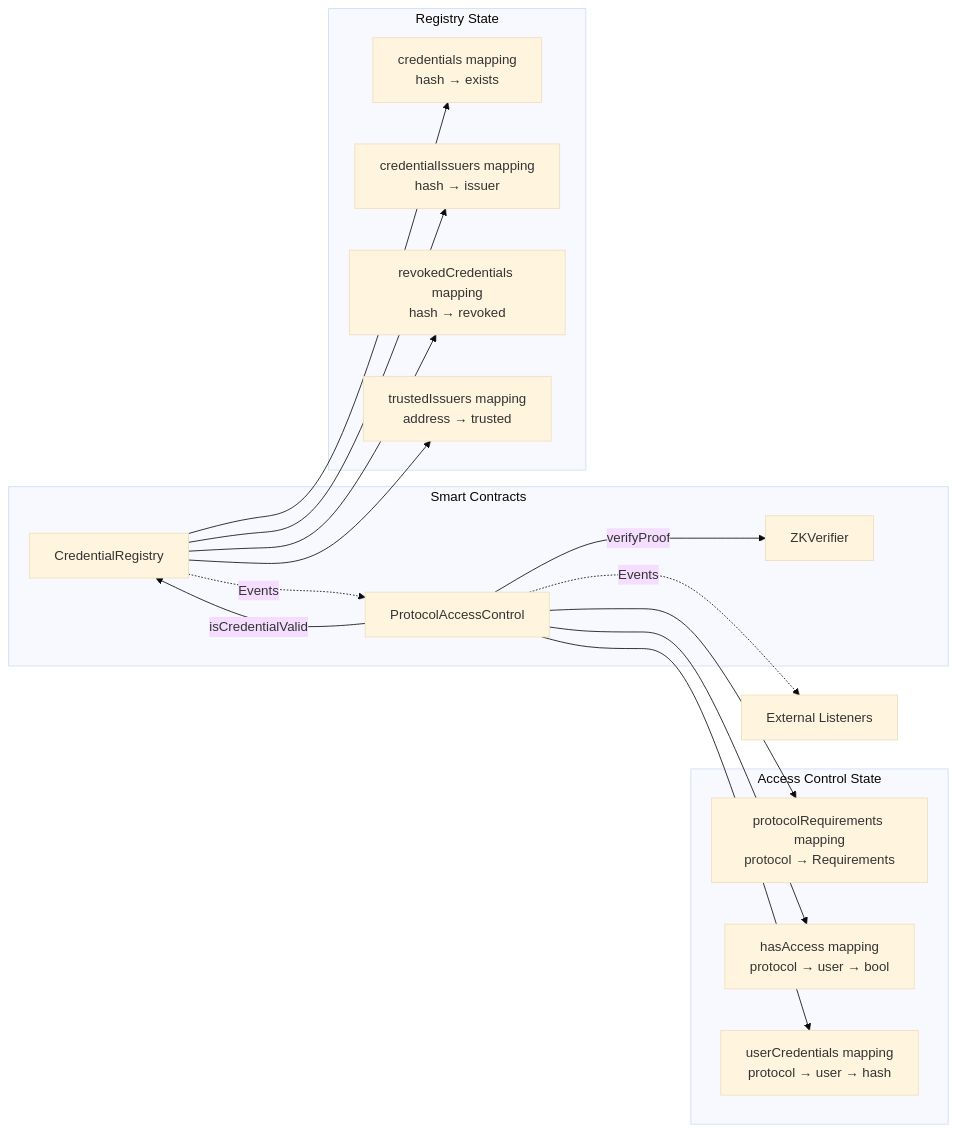
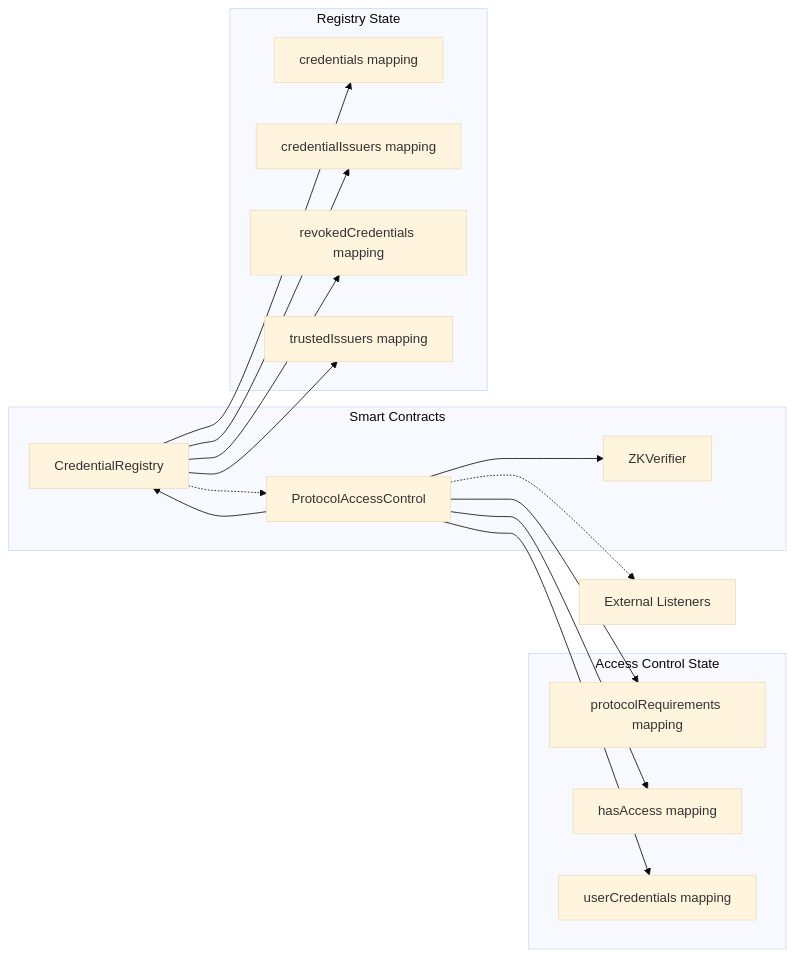
One commit to Samuel1-ona/Noah changed the second of 11 diagrams in README.md. Above: the diagram before and after it, drawn with Mermaid (base theme). The commit also changed other lines of this file and 2 other files, not shown here.

````diff
--- a/README.md
+++ b/README.md
@@ -384,35 +383,35 @@
 ```mermaid
 graph LR
-    subgraph "Smart Contracts"
+    subgraph Contracts["Smart Contracts"]
         Registry[CredentialRegistry]
         AccessControl[ProtocolAccessControl]
         Verifier[ZKVerifier]
     end
     
-    subgraph "Registry State"
-        Credentials[credentials mapping<br/>hash → exists]
-        Issuers[credentialIssuers mapping<br/>hash → issuer]
-        Revoked[revokedCredentials mapping<br/>hash → revoked]
-        Trusted[trustedIssuers mapping<br/>address → trusted]
+    subgraph RegistryState["Registry State"]
+        Credentials[credentials mapping]
+        Issuers[credentialIssuers mapping]
+        Revoked[revokedCredentials mapping]
+        Trusted[trustedIssuers mapping]
     end
     
-    subgraph "Access Control State"
-        Requirements[protocolRequirements mapping<br/>protocol → Requirements]
-        Access[hasAccess mapping<br/>protocol → user → bool]
-        UserCreds[userCredentials mapping<br/>protocol → user → hash]
+    subgraph AccessState["Access Control State"]
+        Requirements[protocolRequirements mapping]
+        Access[hasAccess mapping]
+        UserCreds[userCredentials mapping]
     end
     
     Registry --> Credentials
     Registry --> Issuers
     Registry --> Revoked
     Registry --> Trusted
     
     AccessControl --> Requirements
     AccessControl --> Access
     AccessControl --> UserCreds
-    AccessControl -->|isCredentialValid| Registry
-    AccessControl -->|verifyProof| Verifier
+    AccessControl --> Registry
+    AccessControl --> Verifier
     
-    Registry -.->|Events| AccessControl
-    AccessControl -.->|Events| External[External Listeners]
+    Registry -.-> AccessControl
+    AccessControl -.-> External[External Listeners]
 ```
````
